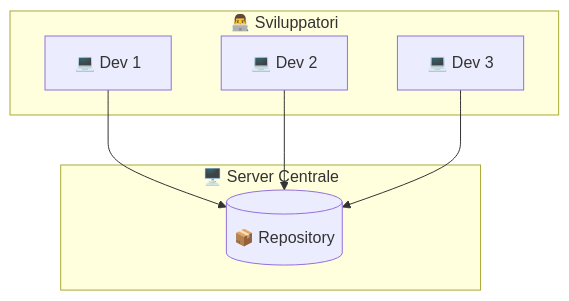
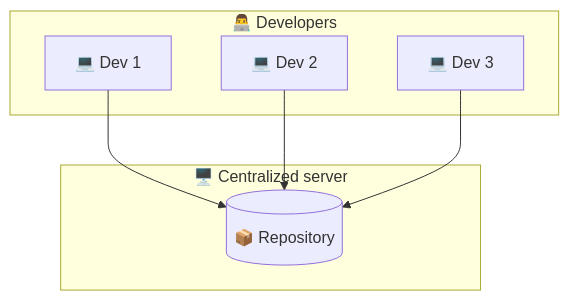
The second of 7 diagrams in 01-teoria/01-vcs-git-basics.md (DaveFV91/GitCourse), drawn with Mermaid before and after one commit. The commit also changed other lines of this file and 3 other files, not shown here.

```diff
--- a/01-teoria/01-vcs-git-basics.md
+++ b/01-teoria/01-vcs-git-basics.md
@@ -31,16 +31,16 @@
 :::mermaid
 flowchart TD
-    subgraph SERVER["🖥️ Server Centrale"]
+    subgraph SERVER["🖥️ Centralized server"]
         S[("📦 Repository")]
     end
     
-    subgraph DEVS["👨‍💻 Sviluppatori"]
+    subgraph DEVS["👨‍💻 Developers"]
         A["💻 Dev 1"]
         B["💻 Dev 2"]
         C["💻 Dev 3"]
     end
     
     A --> S
     B --> S
     C --> S
 :::
```
